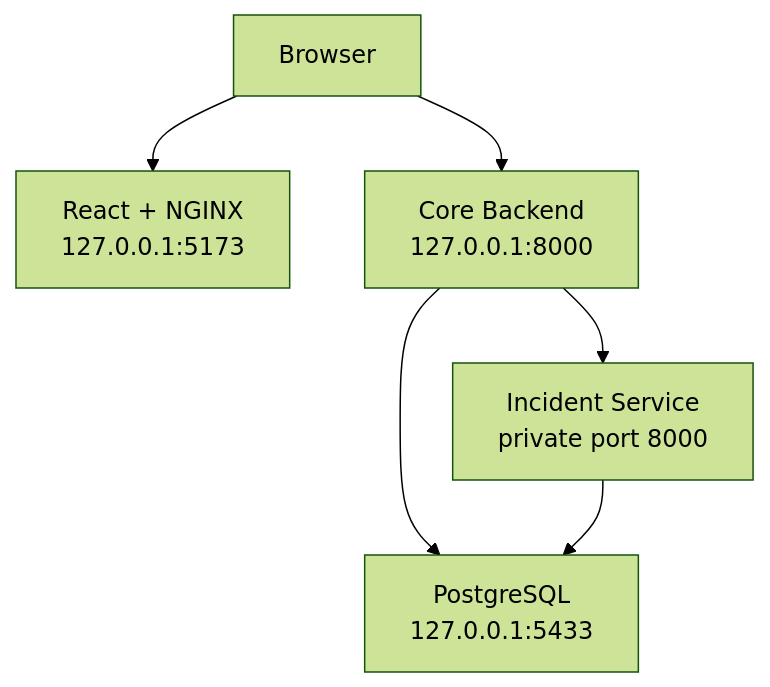
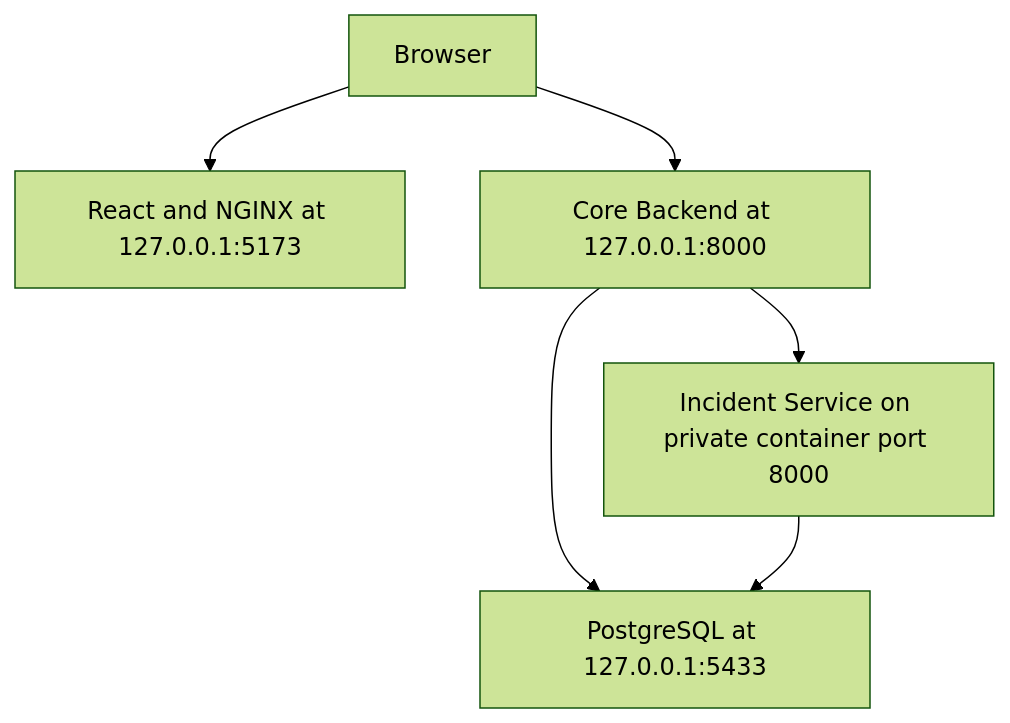
The diagram in README.md (harvk/opsflow), drawn with Mermaid (forest theme) before and after one commit. The commit also changed other lines of this file, not shown here.

Commit message:
dist authentication: fix distributed architecture diagram doc

````diff
--- a/README.md
+++ b/README.md
@@ -23,14 +19,14 @@
 ```mermaid
 flowchart TD
     Browser["Browser"]
-    Frontend["React + NGINX<br/>127.0.0.1:5173"]
-    Backend["Core Backend<br/>127.0.0.1:8000"]
-    Incident["Incident Service<br/>private port 8000"]
-    Database["PostgreSQL<br/>127.0.0.1:5433"]
+    Frontend["React and NGINX at 127.0.0.1:5173"]
+    Backend["Core Backend at 127.0.0.1:8000"]
+    Incident["Incident Service on private container port 8000"]
+    Database["PostgreSQL at 127.0.0.1:5433"]
 
     Browser --> Frontend
     Browser --> Backend
     Backend --> Database
     Backend --> Incident
     Incident --> Database
 ```
````
